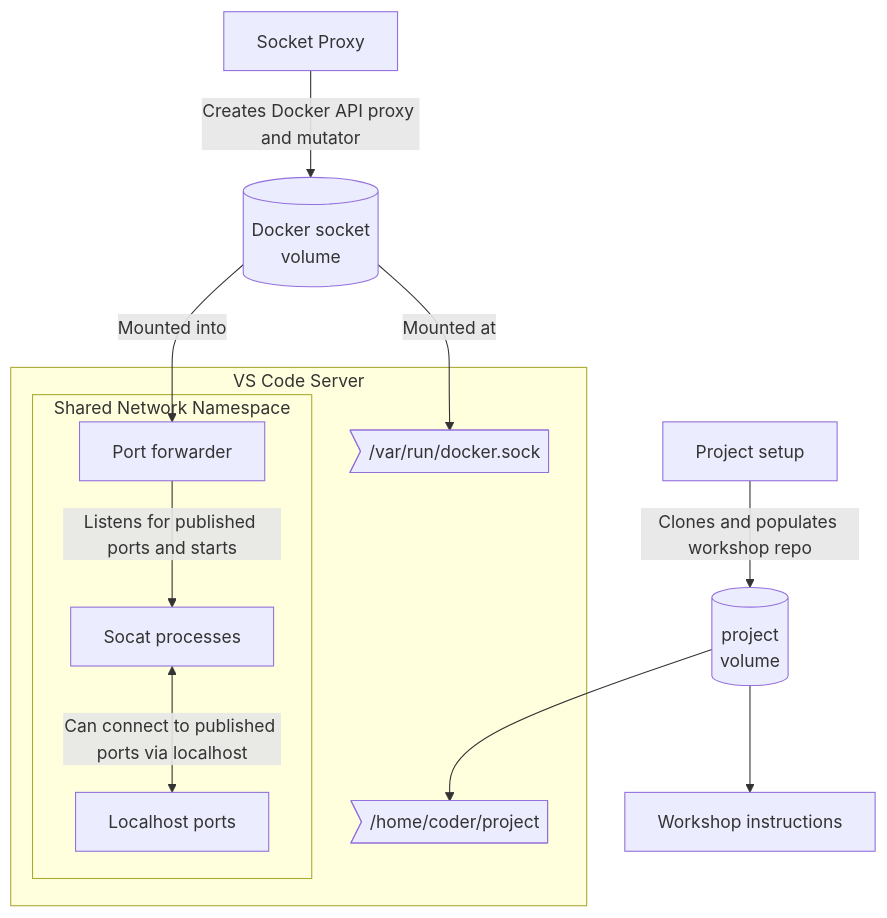
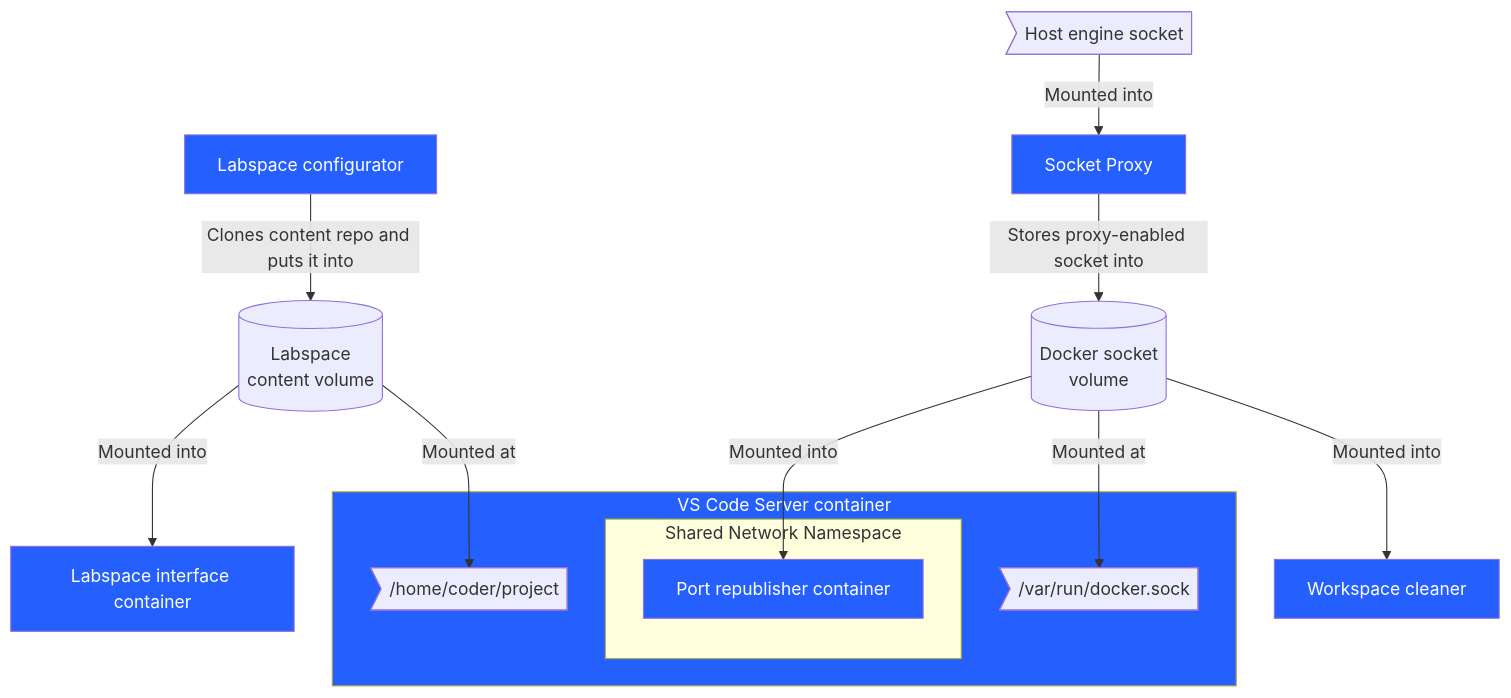
One commit to dockersamples/labspace-infra changed the diagram in README.md. Above: the diagram before and after it, drawn with Mermaid. The commit also changed 121 other files, not shown here.

````diff
--- a/README.md
+++ b/README.md
@@ -11,26 +11,28 @@
 ```mermaid
 flowchart TD
-    subgraph VS Code Server
+    classDef containerNode fill:#2560FF,color:#fff
+
+    subgraph VSCodeServer[VS Code Server container]
         project@{ shape: odd, label: "/home/coder/project" }
         socket@{ shape: odd, label: "/var/run/docker.sock" }
-        localhostPorts[Localhost ports]
 
         subgraph Shared Network Namespace
-            localhostPorts["Localhost ports"]
-            socat["Socat processes"]
-            Forwarder[Port forwarder]
+            PortRepublisher[Port republisher container]:::containerNode
         end
     end
 
-    Setup[Project setup] -->|Clones and populates workshop repo| Volume@{ shape: cyl, label: "project\nvolume" }
-    Volume --> project
+    VSCodeServer:::containerNode
 
-    Volume --> Instructions[Workshop instructions]
+    Setup[Labspace configurator]:::containerNode -->|Clones content repo and puts it into| Volume@{ shape: cyl, label: "Labspace\ncontent volume" }
 
-    SocketVolume -->|Mounted into| Forwarder
-    Forwarder -->|Listens for published ports and starts|socat
-    socat <--> |Can connect to published ports via localhost| localhostPorts
+    Volume --> |Mounted into| Interface[Labspace interface container]:::containerNode
+    Volume --> |Mounted at| project
 
-    ProxyContainer[Socket Proxy] -->|Creates Docker API proxy and mutator| SocketVolume@{ shape: cyl, label: "Docker socket\nvolume" }
+    SocketVolume -->|Mounted into| PortRepublisher
+
+    HostProxy@{ shape: odd, label: "Host engine socket" } --> |Mounted into|ProxyContainer
+    ProxyContainer[Socket Proxy]:::containerNode -->|Stores proxy-enabled socket into| SocketVolume@{ shape: cyl, label: "Docker socket\nvolume" }
     SocketVolume -->|Mounted at| socket
+
+    SocketVolume -->|Mounted into| WorkspaceCleaner[Workspace cleaner]:::containerNode
 ```
````
